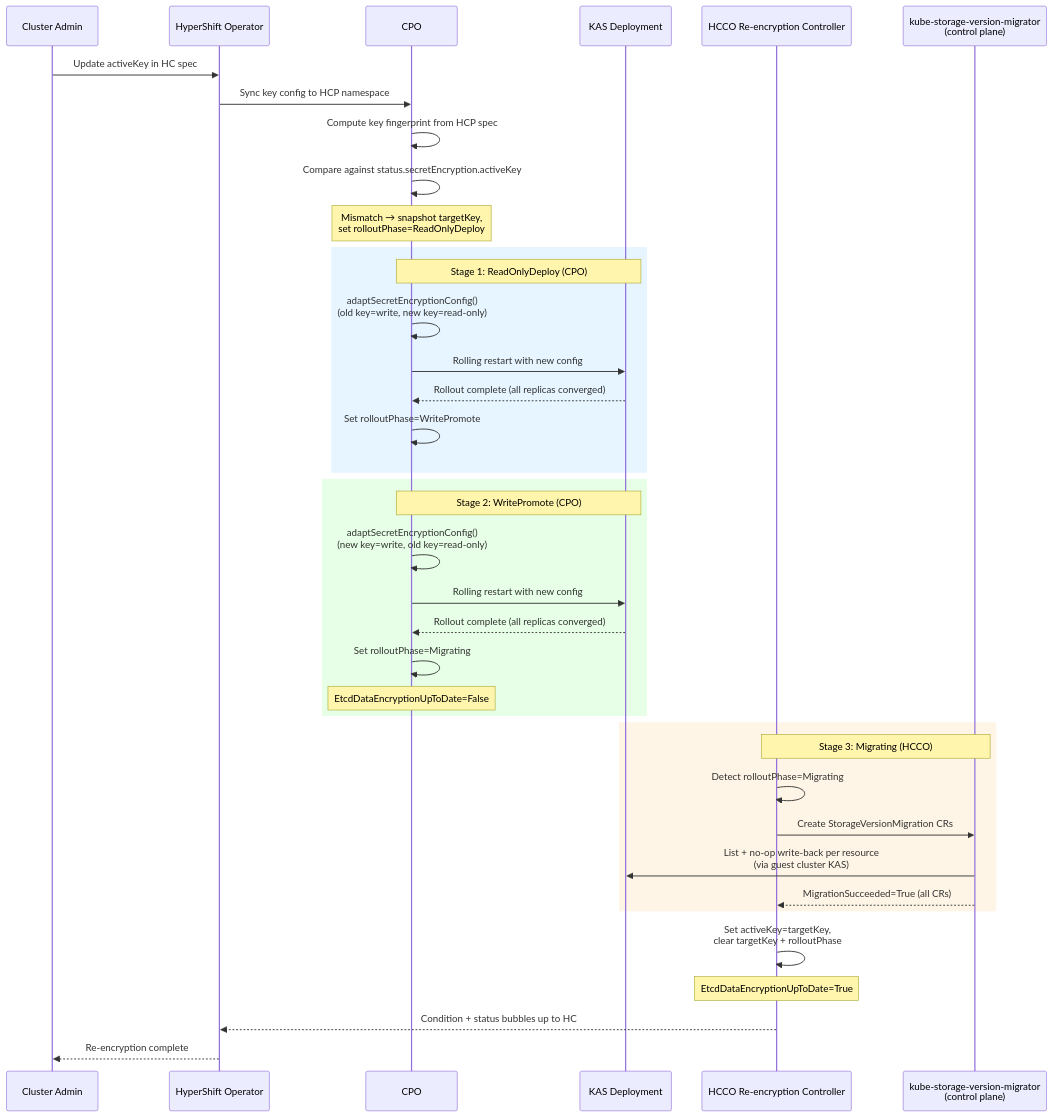
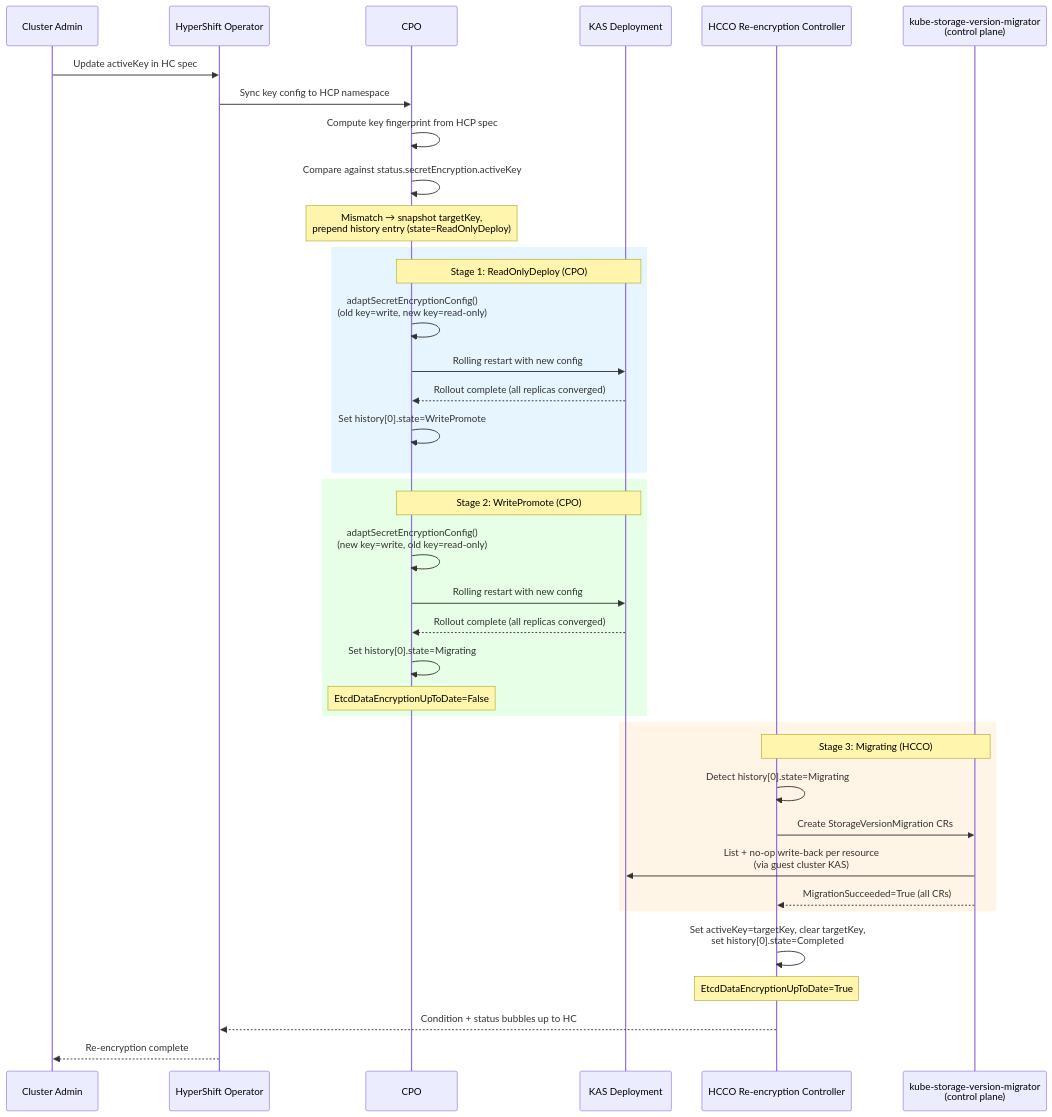
One commit to openshift/enhancements changed the diagram in enhancements/hypershift/etcd-data-reencryption-on-key-rotation.md. Above: the diagram before and after it, drawn with Mermaid. The commit also changed other lines of this file, not shown here.

First line of the commit message:
Redesign migration history following ControlPlaneVersionStatus pattern

````diff
--- a/enhancements/hypershift/etcd-data-reencryption-on-key-rotation.md
+++ b/enhancements/hypershift/etcd-data-reencryption-on-key-rotation.md
@@ -339,45 +341,45 @@
 ```mermaid
 sequenceDiagram
     participant Admin as Cluster Admin
     participant HO as HyperShift Operator
     participant CPO as CPO
     participant KAS as KAS Deployment
     participant HCCO as HCCO Re-encryption Controller
     participant SVM as kube-storage-version-migrator<br/>(control plane)
 
     Admin->>HO: Update activeKey in HC spec
     HO->>CPO: Sync key config to HCP namespace
     CPO->>CPO: Compute key fingerprint from HCP spec
     CPO->>CPO: Compare against status.secretEncryption.activeKey
-    Note over CPO: Mismatch → snapshot targetKey,<br/>set rolloutPhase=ReadOnlyDeploy
+    Note over CPO: Mismatch → snapshot targetKey,<br/>prepend history entry (state=ReadOnlyDeploy)
 
     rect rgb(230, 245, 255)
     Note over CPO,KAS: Stage 1: ReadOnlyDeploy (CPO)
     CPO->>CPO: adaptSecretEncryptionConfig()<br/>(old key=write, new key=read-only)
     CPO->>KAS: Rolling restart with new config
     KAS-->>CPO: Rollout complete (all replicas converged)
-    CPO->>CPO: Set rolloutPhase=WritePromote
+    CPO->>CPO: Set history[0].state=WritePromote
     end
 
     rect rgb(230, 255, 230)
     Note over CPO,KAS: Stage 2: WritePromote (CPO)
     CPO->>CPO: adaptSecretEncryptionConfig()<br/>(new key=write, old key=read-only)
     CPO->>KAS: Rolling restart with new config
     KAS-->>CPO: Rollout complete (all replicas converged)
-    CPO->>CPO: Set rolloutPhase=Migrating
+    CPO->>CPO: Set history[0].state=Migrating
     Note over CPO: EtcdDataEncryptionUpToDate=False
     end
 
     rect rgb(255, 245, 230)
     Note over HCCO,SVM: Stage 3: Migrating (HCCO)
-    HCCO->>HCCO: Detect rolloutPhase=Migrating
+    HCCO->>HCCO: Detect history[0].state=Migrating
     HCCO->>SVM: Create StorageVersionMigration CRs
     SVM->>KAS: List + no-op write-back per resource<br/>(via guest cluster KAS)
     SVM-->>HCCO: MigrationSucceeded=True (all CRs)
     end
 
-    HCCO->>HCCO: Set activeKey=targetKey,<br/>clear targetKey + rolloutPhase
+    HCCO->>HCCO: Set activeKey=targetKey, clear targetKey,<br/>set history[0].state=Completed
     Note over HCCO: EtcdDataEncryptionUpToDate=True
     HCCO-->>HO: Condition + status bubbles up to HC
     HO-->>Admin: Re-encryption complete
 ```
````
